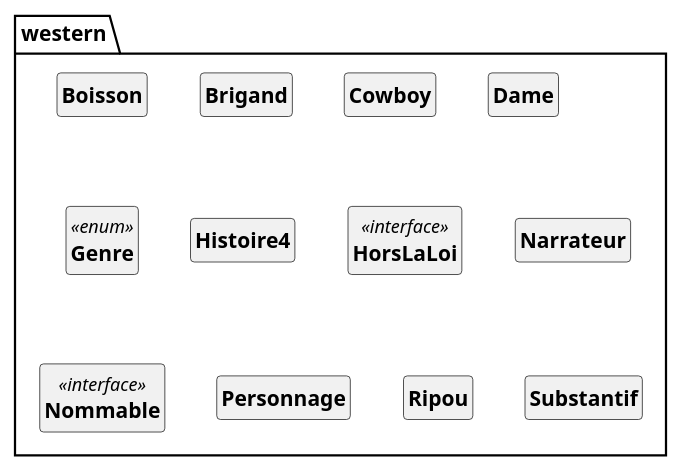
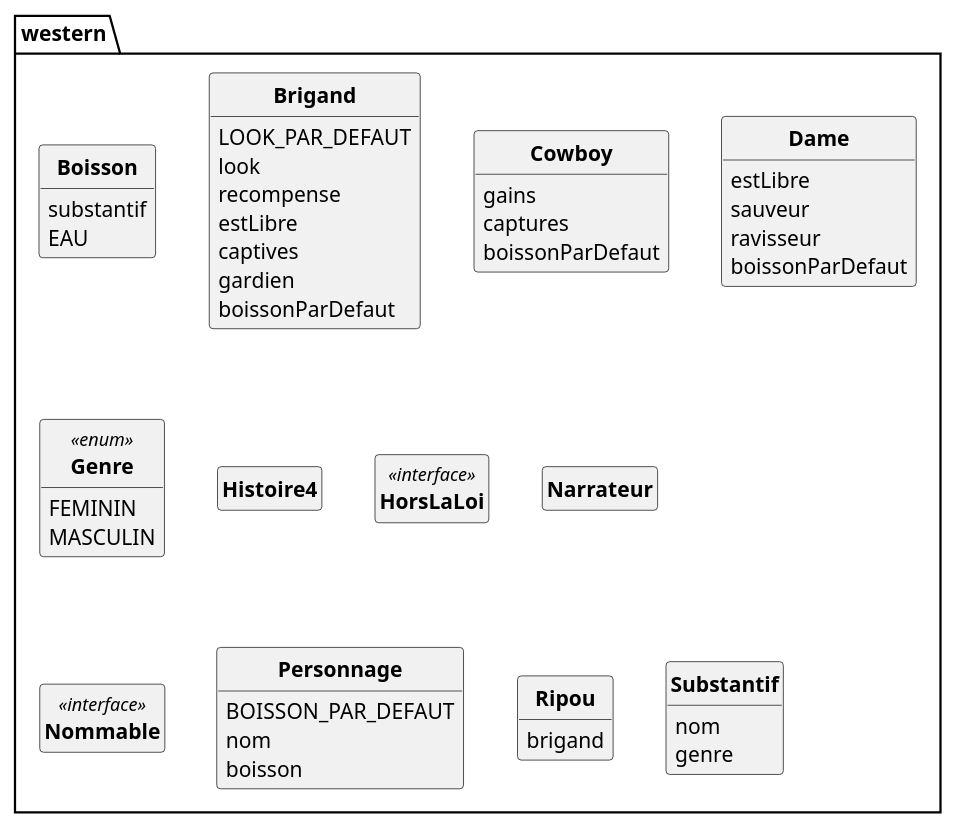
The diagram in out/production/p21_projet/pumlFromJava/westernClass.puml (DimToups/Java-to-PUML-converter), drawn with PlantUML before and after one commit. The commit also changed 39 other files, not shown here.

```diff
--- a/out/production/p21_projet/pumlFromJava/westernClass.puml
+++ b/out/production/p21_projet/pumlFromJava/westernClass.puml
@@ -1,48 +1,72 @@
 @startuml
 'https://plantuml.com/class-diagram
 skinparam style strictuml
 skinparam classAttributeIconSize 0
 skinparam classFontStyle Bold
 
 hide empty members
 
 
 package western{
 
 class Boisson{
+	substantif
+	EAU
 
 }
 class Brigand{
+	LOOK_PAR_DEFAUT
+	look
+	recompense
+	estLibre
+	captives
+	gardien
+	boissonParDefaut
 
 }
 class Cowboy{
+	gains
+	captures
+	boissonParDefaut
 
 }
 class Dame{
+	estLibre
+	sauveur
+	ravisseur
+	boissonParDefaut
 
 }
 class Genre <<enum>>{
+	FEMININ
+	MASCULIN
 
 }
 class Histoire4{
 
 }
 class HorsLaLoi <<interface>>{
 
 }
 class Narrateur{
 
 }
 class Nommable <<interface>>{
 
 }
 class Personnage{
+	BOISSON_PAR_DEFAUT
+	nom
+	boisson
 
 }
 class Ripou{
+	brigand
 
 }
 class Substantif{
+	nom
+	genre
 
 }
 @enduml
```
